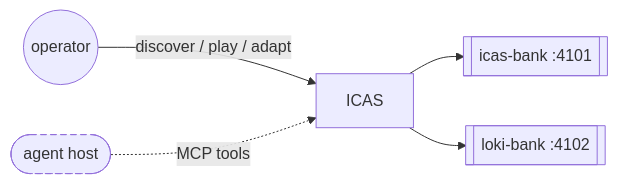
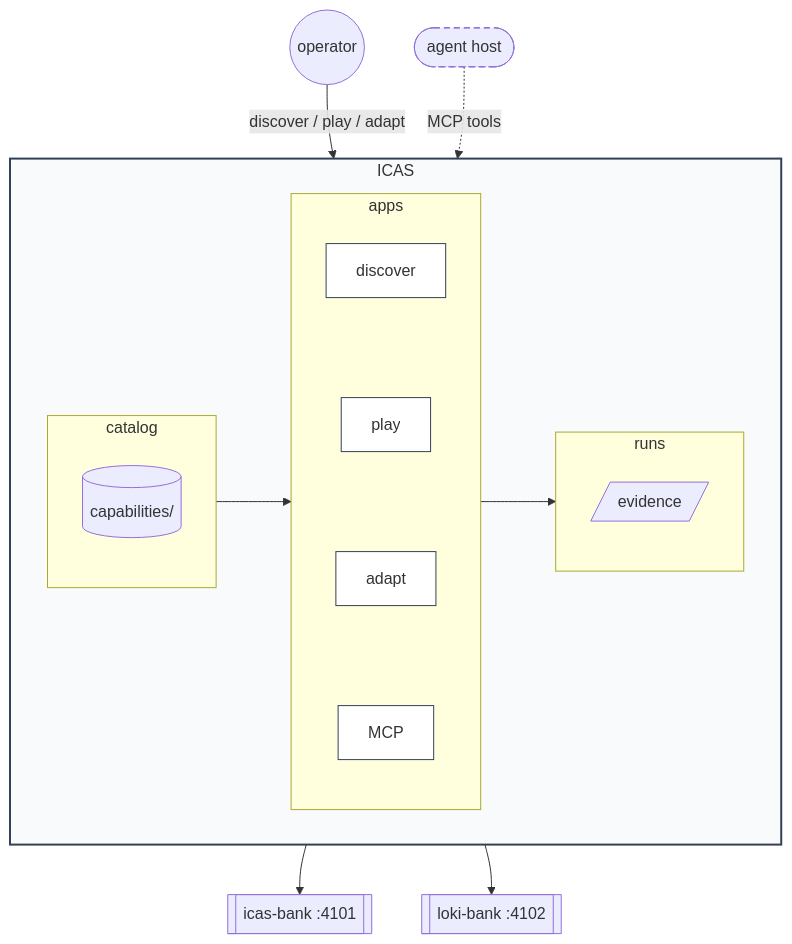
The second of 17 diagrams in docs/00-system-design.md (ankinelaturu/icas), drawn with Mermaid before and after one commit. The commit also changed other lines of this file, not shown here.

Commit message:
refactor(system-design): enhance ICAS documentation with detailed flowchart and catalog structure
This commit updates the system design documentation to include a more comprehensive flowchart representing the ICAS architecture. It introduces a clear distinction between the `capabilities/` catalog and the `evidence/` output, improving the understanding of the system's components and their interactions. The flowchart's layout has been adjusted for better clarity, and additional class definitions have been added for visual distinction.

````diff
--- a/docs/00-system-design.md
+++ b/docs/00-system-design.md
@@ -68,16 +70,47 @@
 ```mermaid
-flowchart LR
+flowchart TB
   operator((operator))
   host([agent host])
-  icas[ICAS]
+
+  subgraph icas["ICAS"]
+    direction LR
+
+    subgraph colL["catalog"]
+      caps[(capabilities/)]
+    end
+
+    subgraph colM["apps"]
+      direction TB
+      discover["discover"]
+      play["  play  "]
+      adapt[" adapt  "]
+      mcp["  MCP   "]
+      discover --> play
+      play --> adapt
+      adapt --> mcp
+    end
+
+    subgraph colR["runs"]
+      evid[/evidence/]
+    end
+
+    colL --> colM
+    colM --> colR
+  end
+
   bank[["icas-bank :4101"]]
   loki[["loki-bank :4102"]]
 
   operator -->|"discover / play / adapt"| icas
   host -.->|"MCP tools"| icas
   icas --> bank
   icas --> loki
 
   classDef optional stroke-dasharray: 6 4
+  classDef icasBox fill:#f8fafc,stroke:#334155,stroke-width:2px
+  classDef appBox fill:#ffffff,stroke:#334155
   class host optional
+  class icas icasBox
+  class discover,play,adapt,mcp appBox
+  linkStyle 0,1,2 stroke:none
 ```
````
